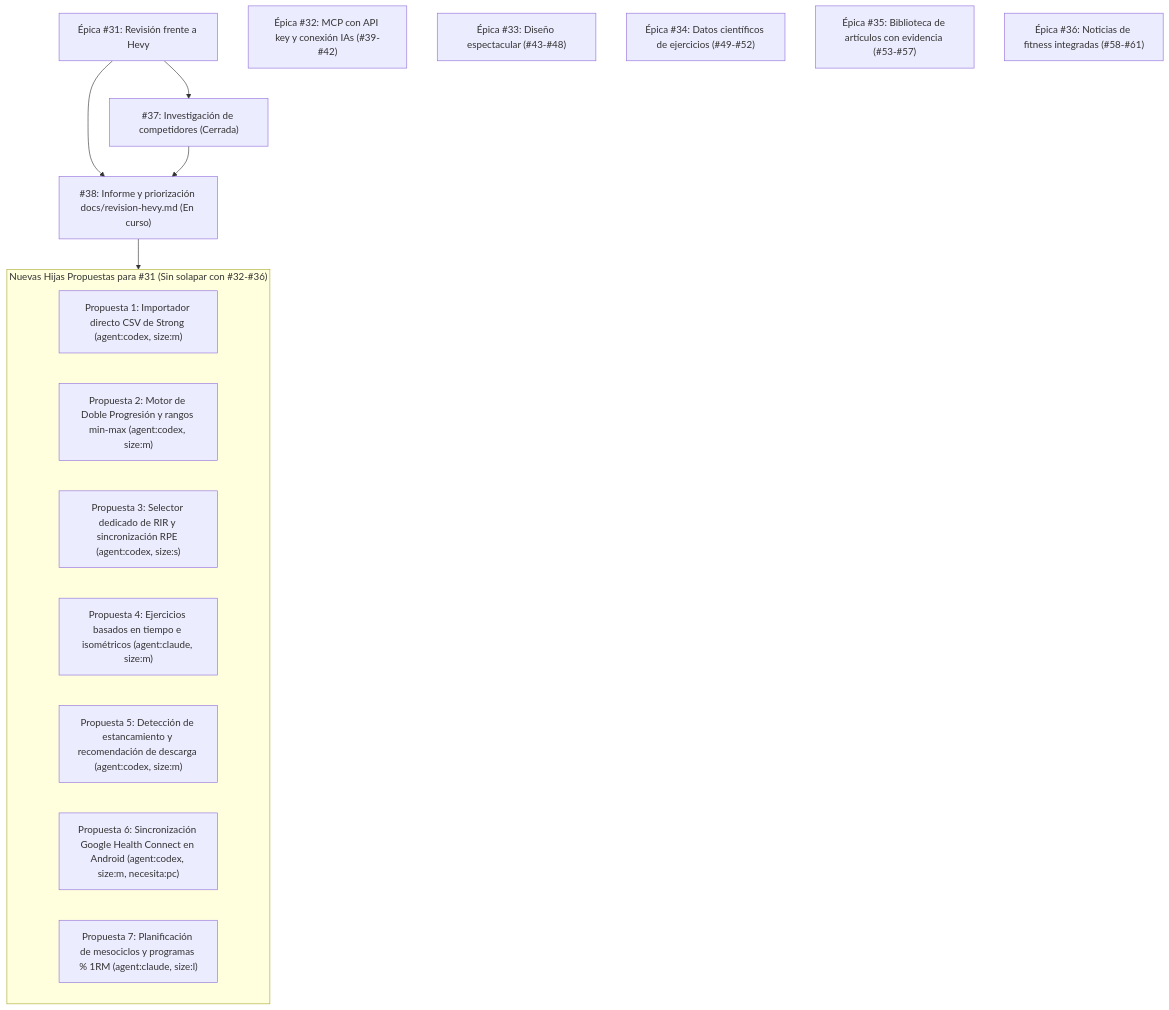
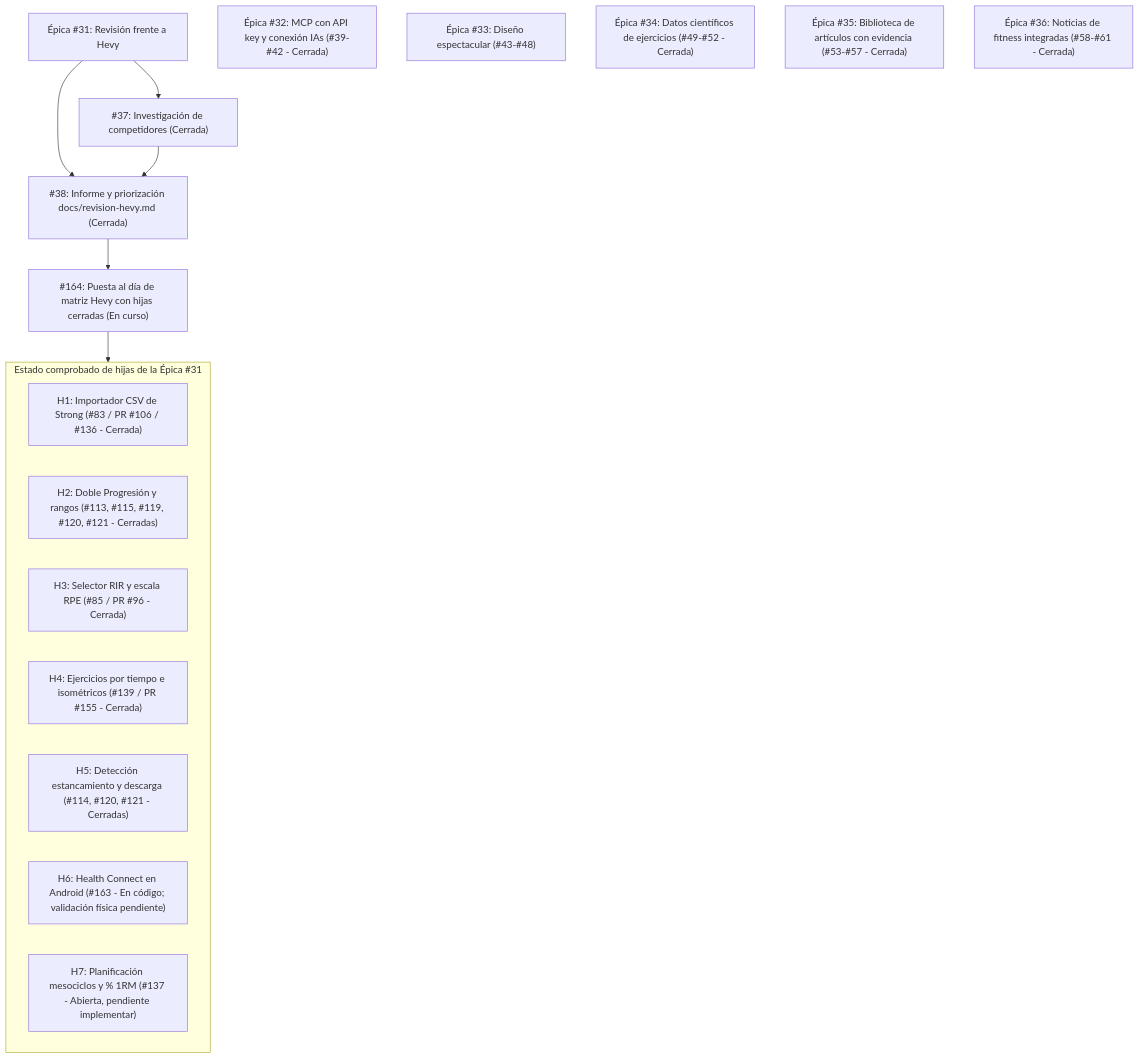
One commit to adriarroyo08/WorkStation changed the diagram in docs/revision-hevy.md. Above: the diagram before and after it, drawn with Mermaid. The commit also changed other lines of this file and 1 other file, not shown here.

Commit message:
Actualiza la matriz frente a Hevy con hijas completadas y huecos pendientes

````diff
--- a/docs/revision-hevy.md
+++ b/docs/revision-hevy.md
@@ -18,28 +19,30 @@
 ```mermaid
 flowchart TD
   E31["Épica #31: Revisión frente a Hevy"]
-  E32["Épica #32: MCP con API key y conexión IAs (#39-#42)"]
+  E32["Épica #32: MCP con API key y conexión IAs (#39-#42 - Cerrada)"]
   E33["Épica #33: Diseño espectacular (#43-#48)"]
-  E34["Épica #34: Datos científicos de ejercicios (#49-#52)"]
-  E35["Épica #35: Biblioteca de artículos con evidencia (#53-#57)"]
-  E36["Épica #36: Noticias de fitness integradas (#58-#61)"]
+  E34["Épica #34: Datos científicos de ejercicios (#49-#52 - Cerrada)"]
+  E35["Épica #35: Biblioteca de artículos con evidencia (#53-#57 - Cerrada)"]
+  E36["Épica #36: Noticias de fitness integradas (#58-#61 - Cerrada)"]
 
   I37["#37: Investigación de competidores (Cerrada)"]
-  I38["#38: Informe y priorización docs/revision-hevy.md (En curso)"]
+  I38["#38: Informe y priorización docs/revision-hevy.md (Cerrada)"]
+  I164["#164: Puesta al día de matriz Hevy con hijas cerradas (En curso)"]
 
   E31 --> I37
   E31 --> I38
   I37 --> I38
+  I38 --> I164
 
-  subgraph Nuevas_Hijas_Propuestas["Nuevas Hijas Propuestas para #31 (Sin solapar con #32-#36)"]
-    H1["Propuesta 1: Importador directo CSV de Strong (agent:codex, size:m)"]
-    H2["Propuesta 2: Motor de Doble Progresión y rangos min-max (agent:codex, size:m)"]
-    H3["Propuesta 3: Selector dedicado de RIR y sincronización RPE (agent:codex, size:s)"]
-    H4["Propuesta 4: Ejercicios basados en tiempo e isométricos (agent:claude, size:m)"]
-    H5["Propuesta 5: Detección de estancamiento y recomendación de descarga (agent:codex, size:m)"]
-    H6["Propuesta 6: Sincronización Google Health Connect en Android (agent:codex, size:m, necesita:pc)"]
-    H7["Propuesta 7: Planificación de mesociclos y programas % 1RM (agent:claude, size:l)"]
+  subgraph Estado_Hijas_Epica_31["Estado comprobado de hijas de la Épica #31"]
+    H1["H1: Importador CSV de Strong (#83 / PR #106 / #136 - Cerrada)"]
+    H2["H2: Doble Progresión y rangos (#113, #115, #119, #120, #121 - Cerradas)"]
+    H3["H3: Selector RIR y escala RPE (#85 / PR #96 - Cerrada)"]
+    H4["H4: Ejercicios por tiempo e isométricos (#139 / PR #155 - Cerrada)"]
+    H5["H5: Detección estancamiento y descarga (#114, #120, #121 - Cerradas)"]
+    H6["H6: Health Connect en Android (#163 - En código; validación física pendiente)"]
+    H7["H7: Planificación mesociclos y % 1RM (#137 - Abierta, pendiente implementar)"]
   end
 
-  I38 --> Nuevas_Hijas_Propuestas
+  I164 --> Estado_Hijas_Epica_31
 ```
````
